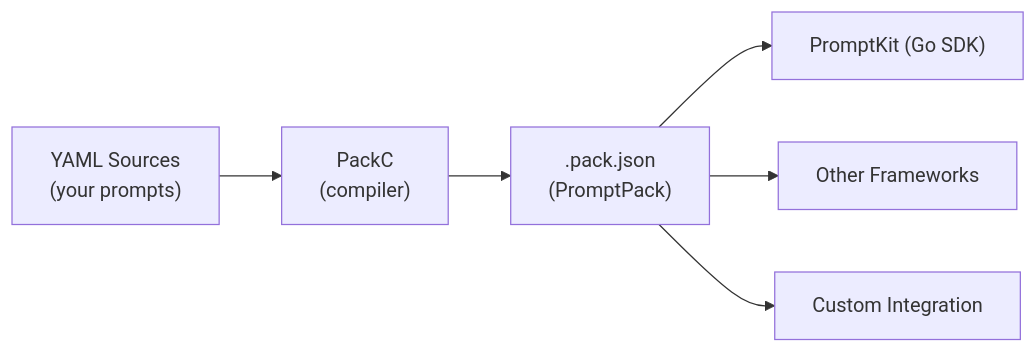
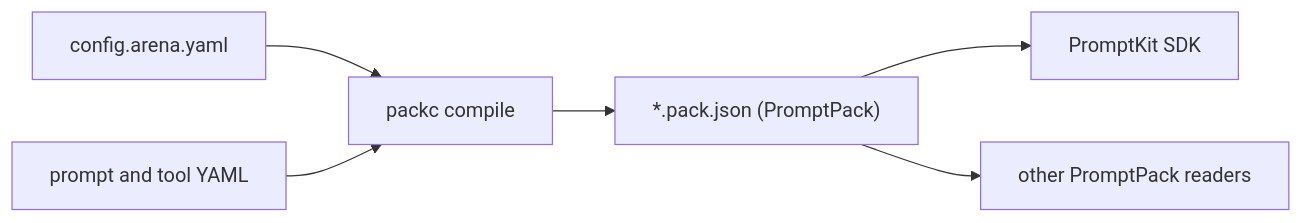
The diagram in docs/src/content/docs/packc/index.md (AltairaLabs/promptarena), drawn with Mermaid before and after one commit. The commit also changed other lines of this file and 21 other files, not shown here.

````diff
--- a/docs/src/content/docs/packc/index.md
+++ b/docs/src/content/docs/packc/index.md
@@ -82,13 +20,14 @@
 ```mermaid
 flowchart LR
-  sources["YAML Sources<br/>(your prompts)"]
-  packc["PackC<br/>(compiler)"]
-  pack[".pack.json<br/>(PromptPack)"]
-  promptkit["PromptKit (Go SDK)"]
-  other["Other Frameworks"]
-  custom["Custom Integration"]
-  sources --> packc --> pack
-  pack --> promptkit
+  config["config.arena.yaml"]
+  prompts["prompt and tool YAML"]
+  packc["packc compile"]
+  pack["*.pack.json (PromptPack)"]
+  sdk["PromptKit SDK"]
+  other["other PromptPack readers"]
+  config --> packc
+  prompts --> packc
+  packc --> pack
+  pack --> sdk
   pack --> other
-  pack --> custom
 ```
````
